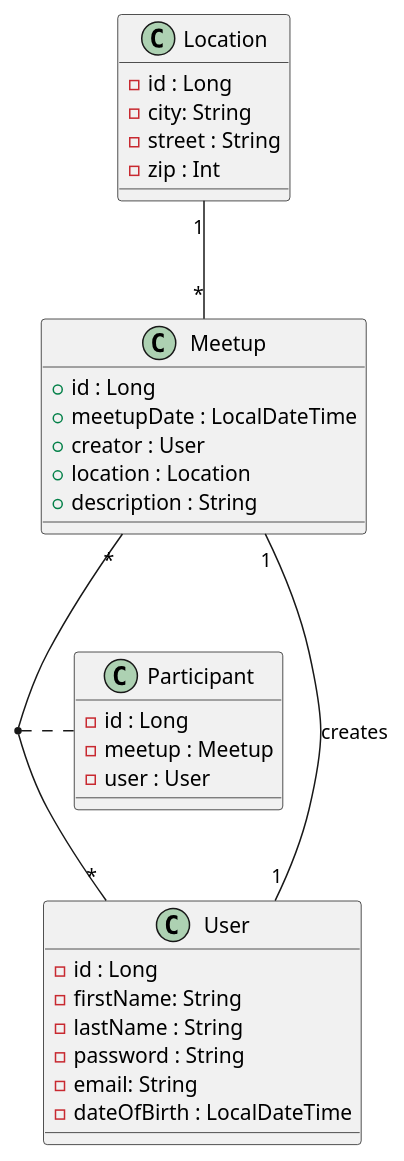
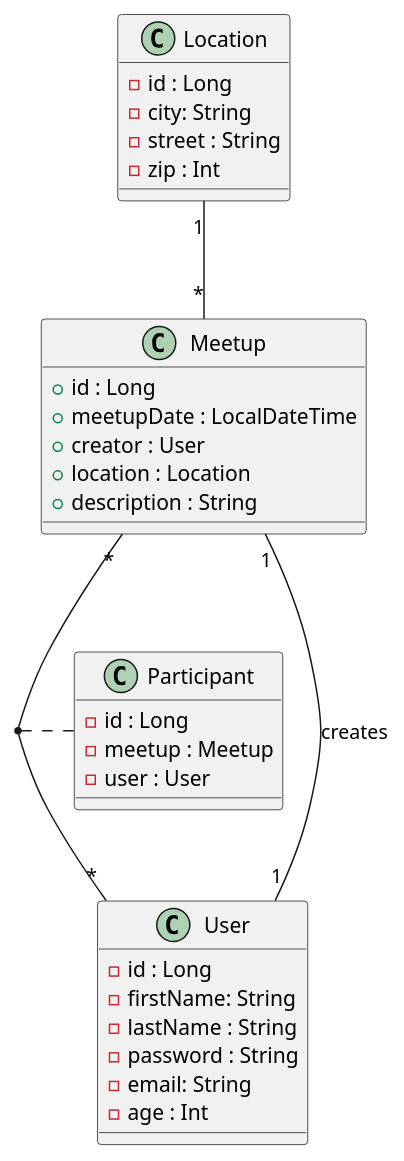
Before and after one commit to 2223-3bhif-syp/02-projekte-mopedmeetup: the diagram in asciidocs/puml/Klassendiagramm.puml, drawn with PlantUML. The commit also changed 10 other files, not shown here.

```diff
--- a/asciidocs/puml/Klassendiagramm.puml
+++ b/asciidocs/puml/Klassendiagramm.puml
@@ -1,38 +1,38 @@
 @startuml
 class User {
     - id : Long
     - firstName: String
     - lastName : String
     - password : String
     - email: String
-    - dateOfBirth : LocalDateTime
+    - age : Int
 }
 class Meetup {
     + id : Long
     + meetupDate : LocalDateTime
     + creator : User
     + location : Location
     + description : String
 }
 
 class Location {
     - id : Long
     - city: String
     - street : String
     - zip : Int
 }
 
 class Participant {
     - id : Long
     - meetup : Meetup
     - user : User
 }
 
 
 
 Location "1"--"*" Meetup : ""
 Meetup "1"--"1" User : "creates"
 Meetup "*"--"*" User : ""
 (User, Meetup) .. Participant
 
 @enduml
```
